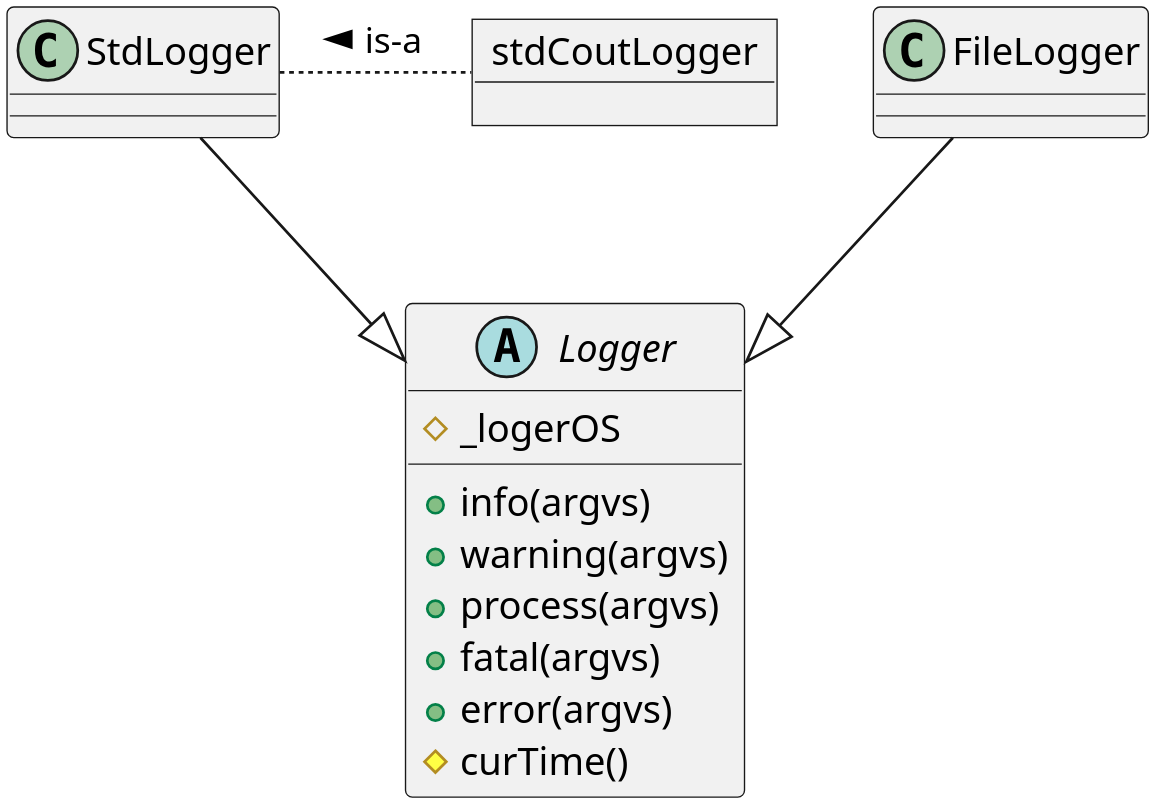
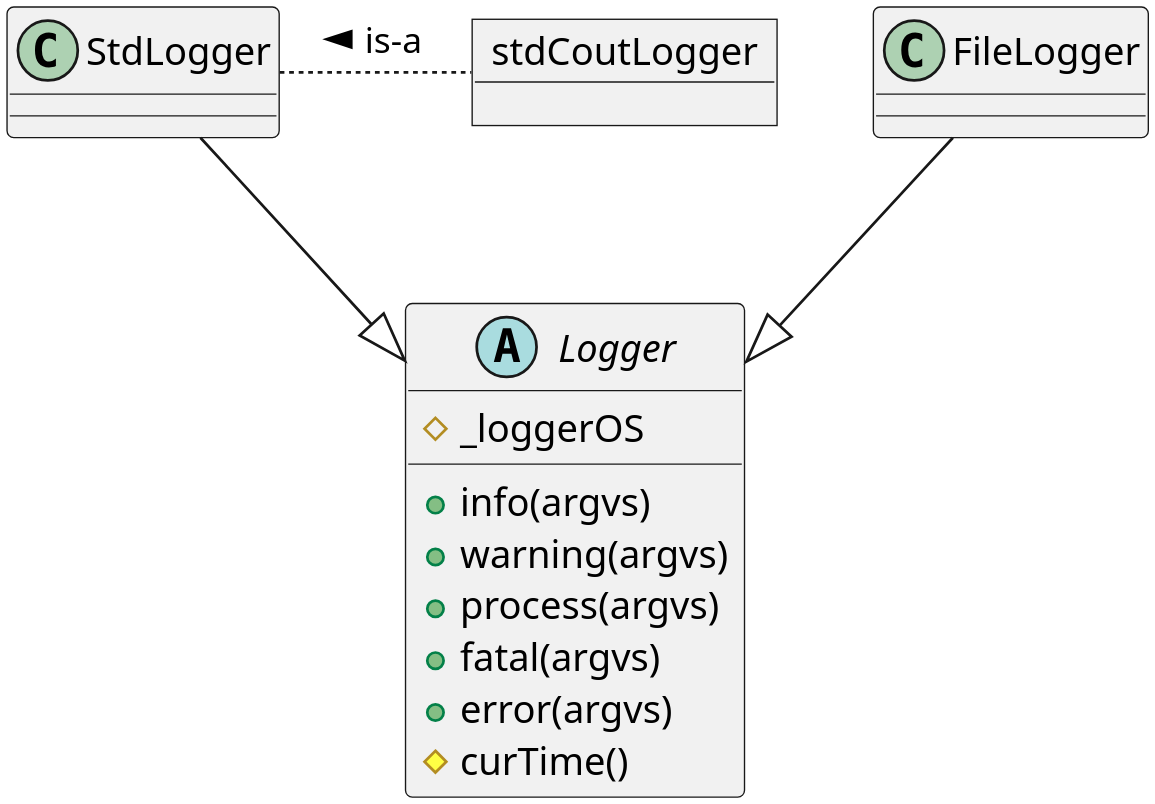
The diagram in docs/drawer/logger.puml (Just-Coder-2000/logger), drawn with PlantUML before and after one commit. The commit also changed 5 other files, not shown here.

```diff
--- a/docs/drawer/logger.puml
+++ b/docs/drawer/logger.puml
@@ -1,24 +1,24 @@
 @startuml logger
 skinparam DefaultFontName "Ubuntu Mono"
 scale 200
 
 abstract Logger{
-    # _logerOS
+    # _loggerOS
     + info(argvs)
     + warning(argvs)
     + process(argvs)
     + fatal(argvs)
     + error(argvs)
     # curTime()
 }
 class FileLogger
 class StdLogger
 
 FileLogger --|> Logger
 StdLogger --|> Logger
 
 object stdCoutLogger
 
 stdCoutLogger .left. StdLogger :  is-a >
 
 @enduml
```
